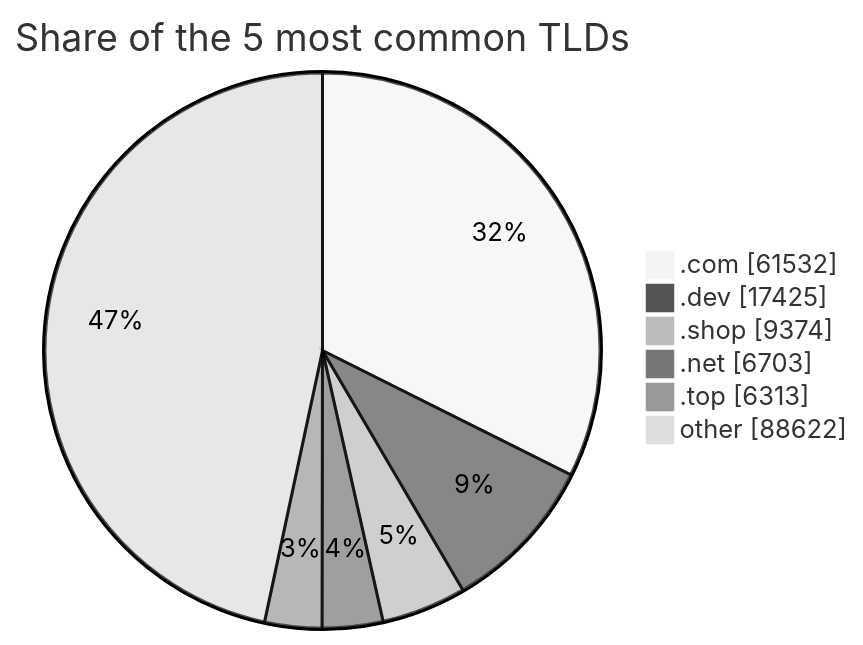
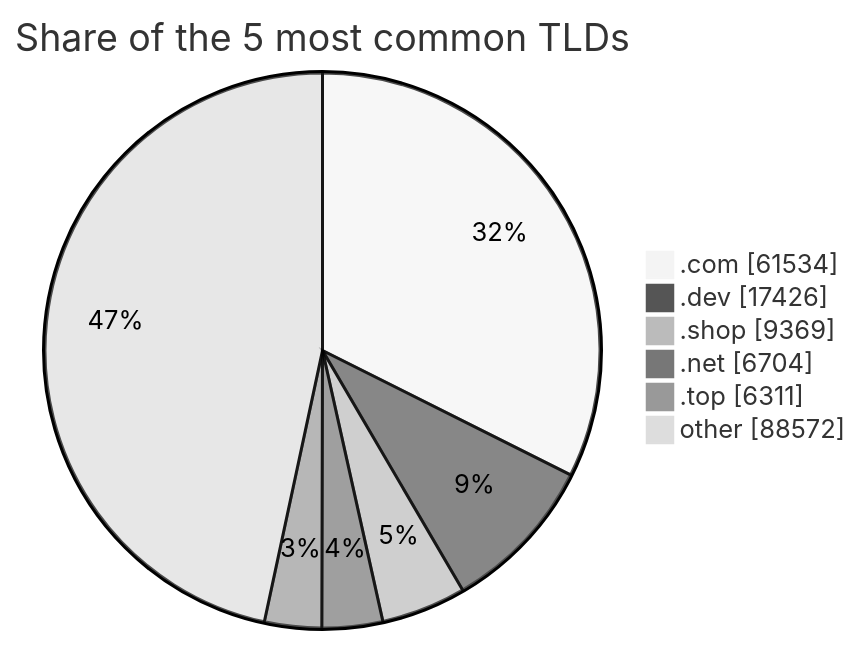
The third of 3 diagrams in README.md (DNSBunker/CTI), drawn with Mermaid (neutral theme) before and after one commit. The commit also changed other lines of this file and 3 other files, not shown here.

````diff
--- a/README.md
+++ b/README.md
@@ -81,9 +81,9 @@
 ```mermaid
 pie showData title Share of the 5 most common TLDs
-    ".com" : 61532
-    ".dev" : 17425
-    ".shop" : 9374
-    ".net" : 6703
-    ".top" : 6313
-    "other" : 88622
+    ".com" : 61534
+    ".dev" : 17426
+    ".shop" : 9369
+    ".net" : 6704
+    ".top" : 6311
+    "other" : 88572
 ```
````
